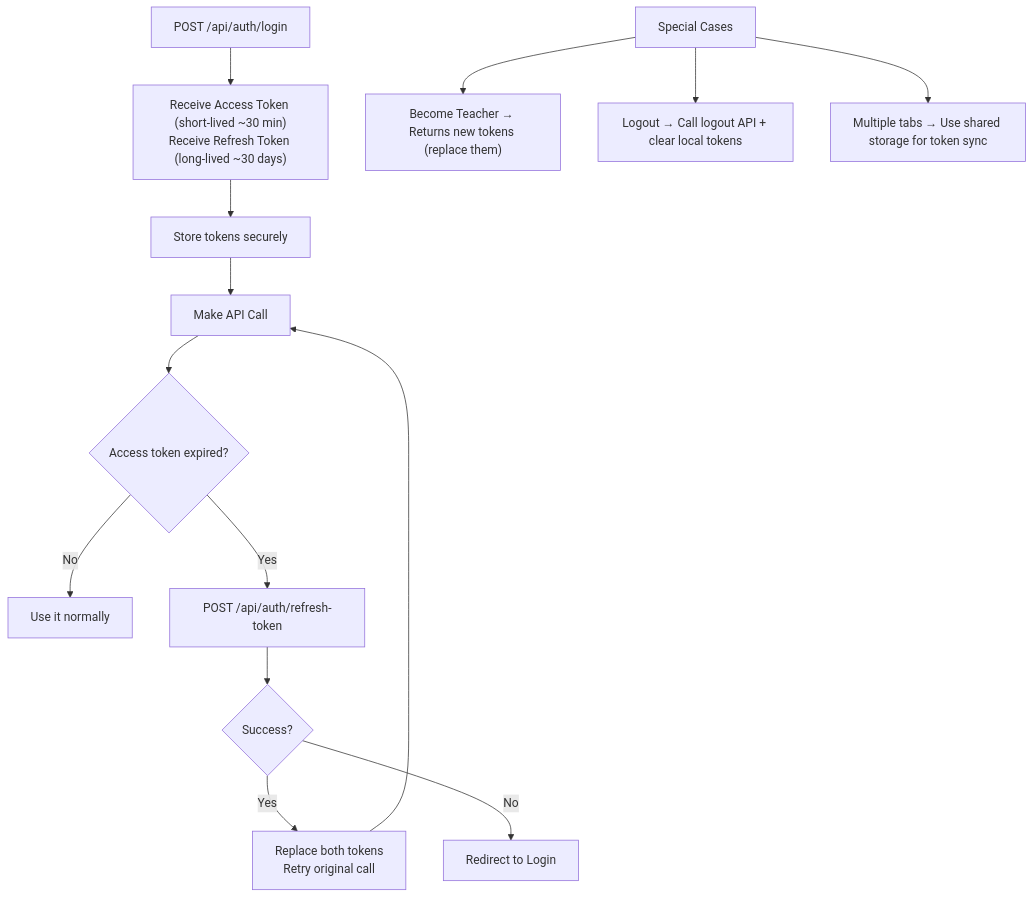
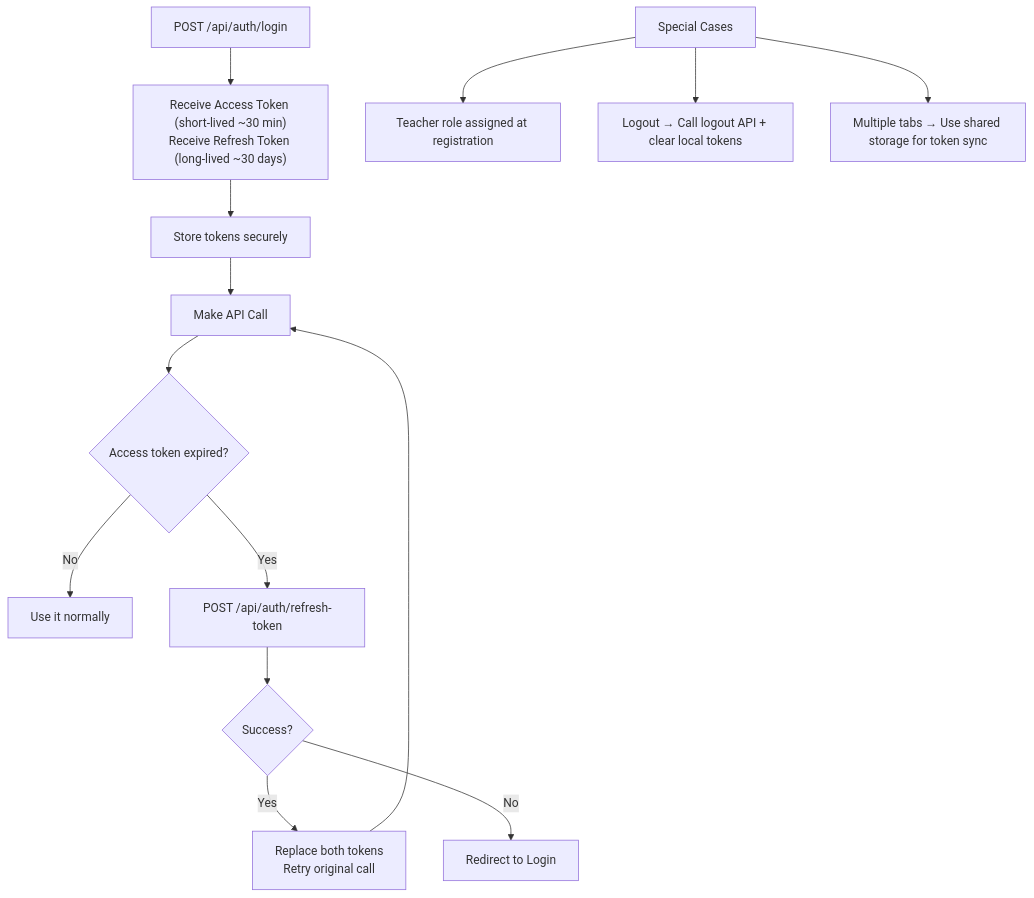
One commit to ahmedashraf0001/AI-Powered-Educational-Platform changed diagram 40 of 44 in docs/USER_JOURNEY.md. Above: the diagram before and after it, drawn with Mermaid. The commit also changed other lines of this file and 58 other files, not shown here.

````diff
--- a/docs/USER_JOURNEY.md
+++ b/docs/USER_JOURNEY.md
@@ -1487,17 +1537,17 @@
 ```mermaid
 flowchart TD
     A["POST /api/auth/login"] --> B["Receive Access Token (short-lived ~30 min)<br/>Receive Refresh Token (long-lived ~30 days)"]
     B --> C["Store tokens securely"]
     C --> D["Make API Call"]
     D --> E{Access token expired?}
     E -->|No| F["Use it normally"]
     E -->|Yes| G["POST /api/auth/refresh-token"]
     G --> H{Success?}
     H -->|Yes| I["Replace both tokens<br/>Retry original call"]
     I --> D
     H -->|No| J["Redirect to Login"]
 
-    K["Special Cases"] --> L["Become Teacher → Returns new tokens (replace them)"]
+    K["Special Cases"] --> L["Teacher role assigned at registration"]
     K --> M["Logout → Call logout API + clear local tokens"]
     K --> N["Multiple tabs → Use shared storage for token sync"]
 ```
````
